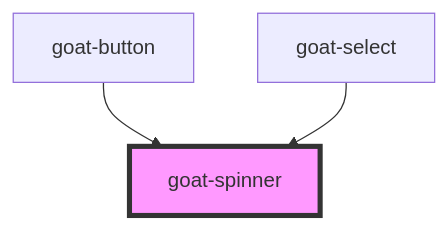
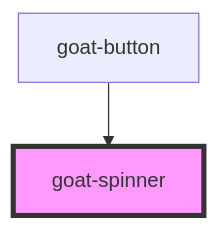
Before and after one commit to goatui/components: the diagram in src/components/informational/spinner/readme.md, drawn with Mermaid. The commit also changed other lines of this file and 805 other files, not shown here.

````diff
--- a/src/components/informational/spinner/readme.md
+++ b/src/components/informational/spinner/readme.md
@@ -24,6 +22,5 @@
 ```mermaid
 graph TD;
   goat-button --> goat-spinner
-  goat-select --> goat-spinner
   style goat-spinner fill:#f9f,stroke:#333,stroke-width:4px
 ```
````
